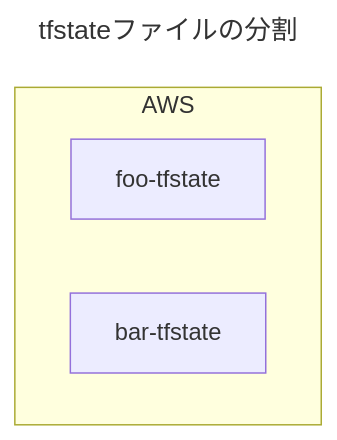
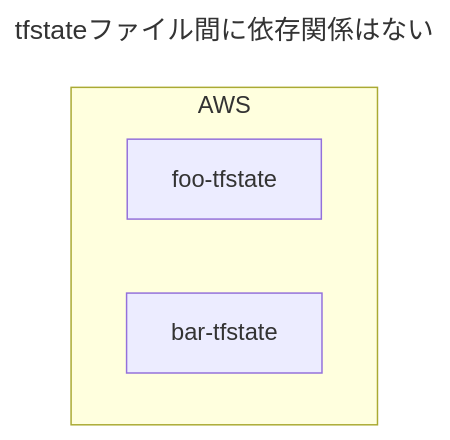
The first of 12 diagrams in dist/entry/2023/07/01/180257.md (hiroki-it/hatenablog), drawn with Mermaid before and after one commit. The commit also changed other lines of this file, not shown here.

````diff
--- a/dist/entry/2023/07/01/180257.md
+++ b/dist/entry/2023/07/01/180257.md
@@ -107,11 +117,11 @@
 ```mermaid
 ---
-title: tfstateファイルの分割
+title: tfstateファイル間に依存関係はない
 ---
 %%{init:{'theme':'default'}}%%
 flowchart TB
     subgraph AWS
         foo["foo-tfstate"]
         bar["bar-tfstate"]
     end
 ```
````
